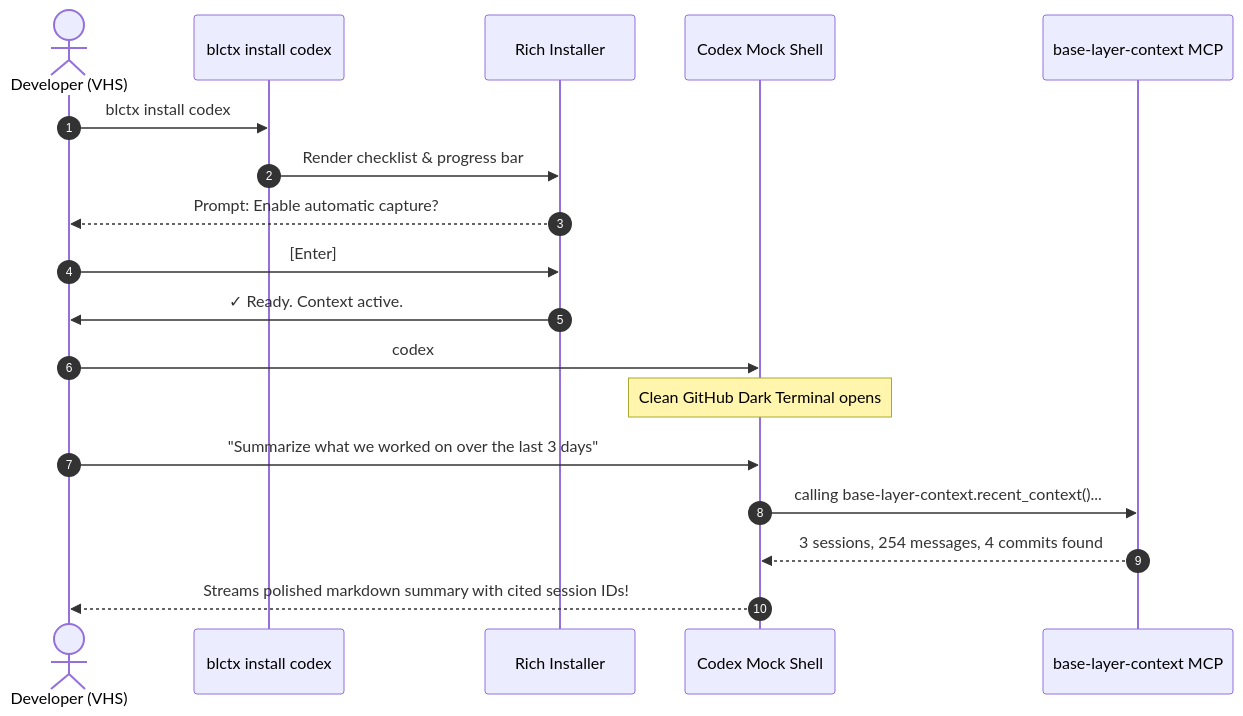
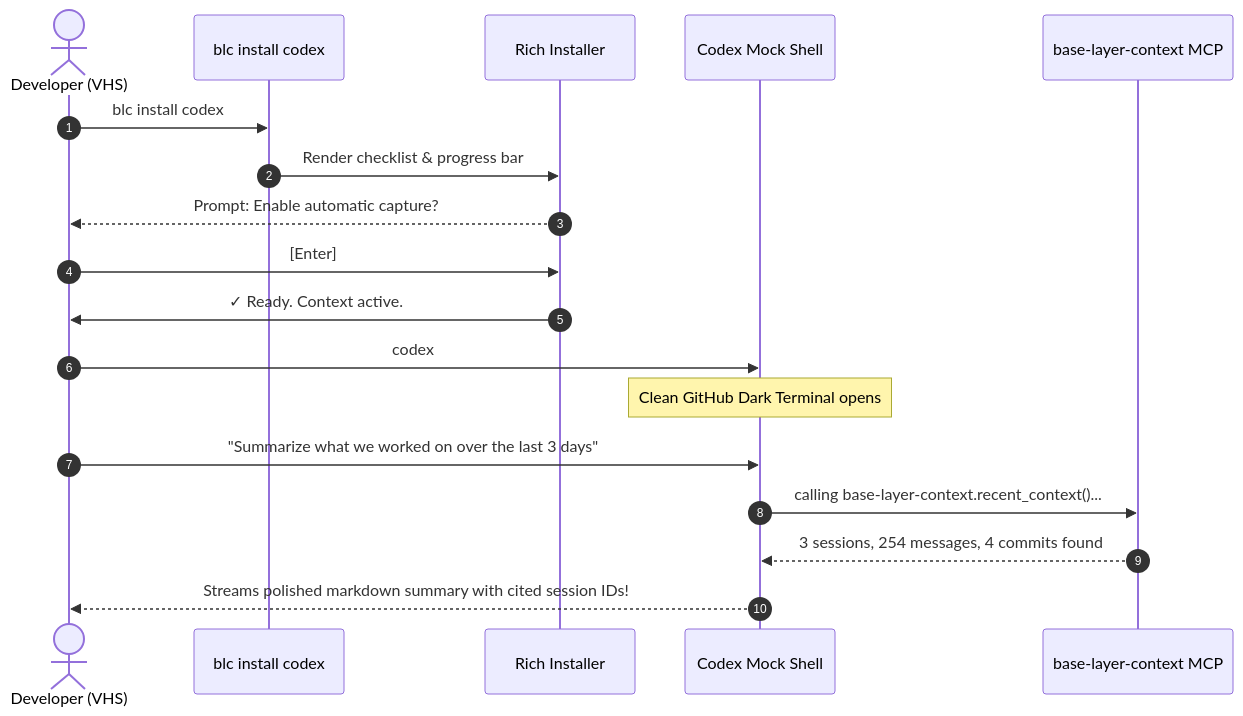
One commit to gnulnx/Context changed the second of 2 diagrams in docs/UXReview.md. Above: the diagram before and after it, drawn with Mermaid. The commit also changed other lines of this file and 25 other files, not shown here.

Commit message:
Rename blctx CLI command to blc (#47)

````diff
--- a/docs/UXReview.md
+++ b/docs/UXReview.md
@@ -245,22 +245,22 @@
 ```mermaid
 sequenceDiagram
     autonumber
     actor Dev as Developer (VHS)
-    participant CLI as blctx install codex
+    participant CLI as blc install codex
     participant TUI as Rich Installer
     participant Codex as Codex Mock Shell
     participant MCP as base-layer-context MCP
 
-    Dev->>CLI: blctx install codex
+    Dev->>CLI: blc install codex
     CLI->>TUI: Render checklist & progress bar
     TUI-->>Dev: Prompt: Enable automatic capture?
     Dev->>TUI: [Enter]
     TUI->>Dev: ✓ Ready. Context active.
     
     Dev->>Codex: codex
     Note over Codex: Clean GitHub Dark Terminal opens
     Dev->>Codex: "Summarize what we worked on over the last 3 days"
     Codex->>MCP: calling base-layer-context.recent_context()...
     MCP-->>Codex: 3 sessions, 254 messages, 4 commits found
     Codex-->>Dev: Streams polished markdown summary with cited session IDs!
 ```
````
